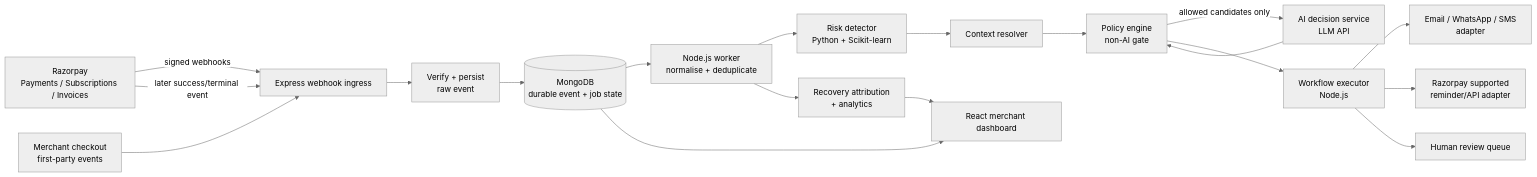
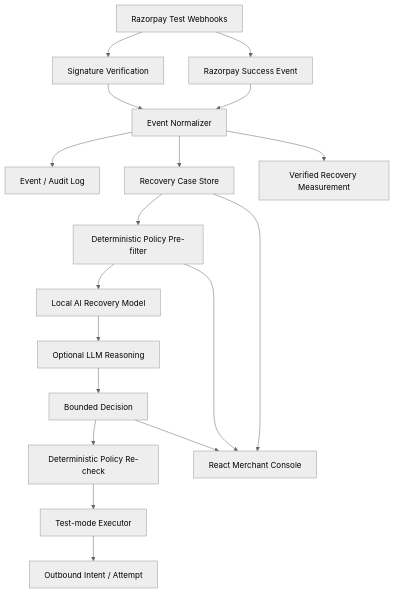
One commit to Sakshya2504/RazCodePay changed the diagram in architecture.md. Above: the diagram before and after it, drawn with Mermaid (neutral theme). The commit also changed other lines of this file and 33 other files, not shown here.

````diff
--- a/architecture.md
+++ b/architecture.md
@@ -73,21 +52,20 @@
 ```mermaid
-flowchart LR
-    R[Razorpay\nPayments / Subscriptions / Invoices] -->|signed webhooks| W[Express webhook ingress]
-    C[Merchant checkout\nfirst-party events] --> W
-    W --> V[Verify + persist\nraw event]
-    V --> Q[(MongoDB\ndurable event + job state)]
-    Q --> N[Node.js worker\nnormalise + deduplicate]
-    N --> D[Risk detector\nPython + Scikit-learn]
-    D --> X[Context resolver]
-    X --> P[Policy engine\nnon-AI gate]
-    P -->|allowed candidates only| A[AI decision service\nLLM API]
-    A --> P
-    P --> E[Workflow executor\nNode.js]
-    E --> M[Email / WhatsApp / SMS\nadapter]
-    E --> RP[Razorpay supported\nreminder/API adapter]
-    E --> H[Human review queue]
-    R -->|later success/terminal event| W
-    N --> F[Recovery attribution\n+ analytics]
-    Q --> UI[React merchant dashboard]
-    F --> UI
+flowchart TD
+  R[Razorpay Test Webhooks] --> V[Signature Verification]
+  V --> N[Event Normalizer]
+  N --> E[Event / Audit Log]
+  N --> C[Recovery Case Store]
+  C --> P[Deterministic Policy Pre-filter]
+  P --> AI[Local AI Recovery Model]
+  AI --> LLM[Optional LLM Reasoning]
+  LLM --> D[Bounded Decision]
+  D --> Q[Deterministic Policy Re-check]
+  Q --> X[Test-mode Executor]
+  X --> O[Outbound Intent / Attempt]
+  R --> S[Razorpay Success Event]
+  S --> N
+  N --> M[Verified Recovery Measurement]
+  C --> UI[React Merchant Console]
+  D --> UI
+  P --> UI
 ```
````
